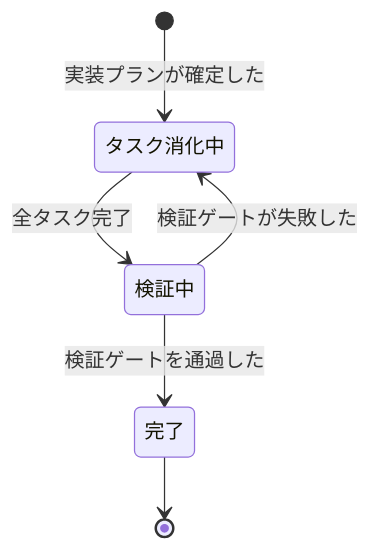
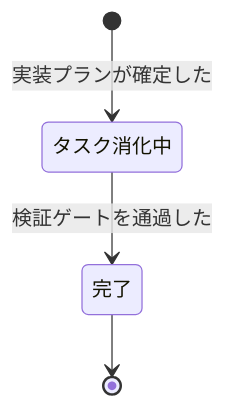
Before and after one commit to kuchita-el/claude-shared-skills: the third of 7 diagrams in docs/development/event-storming.md, drawn with Mermaid. The commit also changed other lines of this file, not shown here.

````diff
--- a/docs/development/event-storming.md
+++ b/docs/development/event-storming.md
@@ -165,8 +167,6 @@
 ```mermaid
 stateDiagram-v2
     [*] --> タスク消化中: 実装プランが確定した
-    タスク消化中 --> 検証中: 全タスク完了
-    検証中 --> 完了: 検証ゲートを通過した
-    検証中 --> タスク消化中: 検証ゲートが失敗した
+    タスク消化中 --> 完了: 検証ゲートを通過した
     完了 --> [*]
 ```
````
